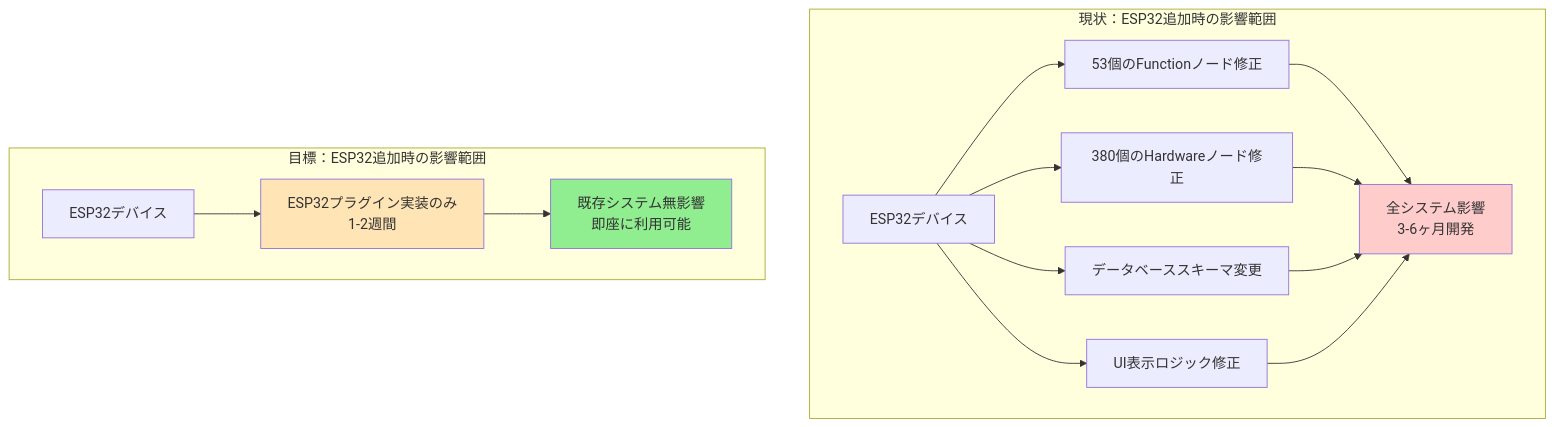
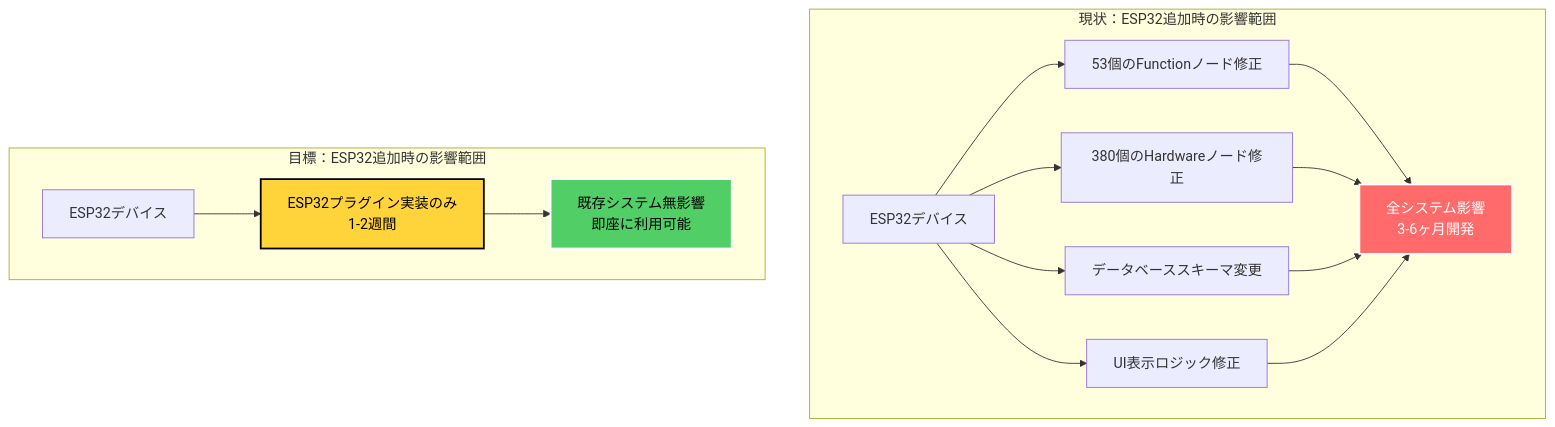
The ninth of 14 diagrams in docs/new-system/architecture/system-overview-diagrams.md (w-pinkietech/iot4-copy), drawn with Mermaid before and after one commit. The commit also changed other lines of this file, not shown here.

First line of the commit message:
docs: Fix Mermaid syntax and improve dark mode colors in system diagrams

````diff
--- a/docs/new-system/architecture/system-overview-diagrams.md
+++ b/docs/new-system/architecture/system-overview-diagrams.md
@@ -335,25 +335,25 @@
 ```mermaid
 graph TB
     subgraph "現状：ESP32追加時の影響範囲"
         ESP32_OLD[ESP32デバイス]
         ESP32_OLD --> MODIFY1[53個のFunctionノード修正]
         ESP32_OLD --> MODIFY2[380個のHardwareノード修正]
         ESP32_OLD --> MODIFY3[データベーススキーマ変更]
         ESP32_OLD --> MODIFY4[UI表示ロジック修正]
         
         MODIFY1 --> IMPACT[全システム影響<br/>3-6ヶ月開発]
         MODIFY2 --> IMPACT
         MODIFY3 --> IMPACT
         MODIFY4 --> IMPACT
     end
     
     subgraph "目標：ESP32追加時の影響範囲"
         ESP32_NEW[ESP32デバイス]
         ESP32_NEW --> PLUGIN[ESP32プラグイン実装のみ<br/>1-2週間]
         PLUGIN --> NOIMACT[既存システム無影響<br/>即座に利用可能]
     end
     
-    style IMPACT fill:#ffcccc
-    style NOIMACT fill:#90EE90
-    style PLUGIN fill:#FFE4B5
+    style IMPACT fill:#ff6b6b,stroke:#fff,stroke-width:2px,color:#fff
+    style NOIMACT fill:#51cf66,stroke:#fff,stroke-width:2px,color:#000
+    style PLUGIN fill:#ffd43b,stroke:#000,stroke-width:2px,color:#000
 ```
````
